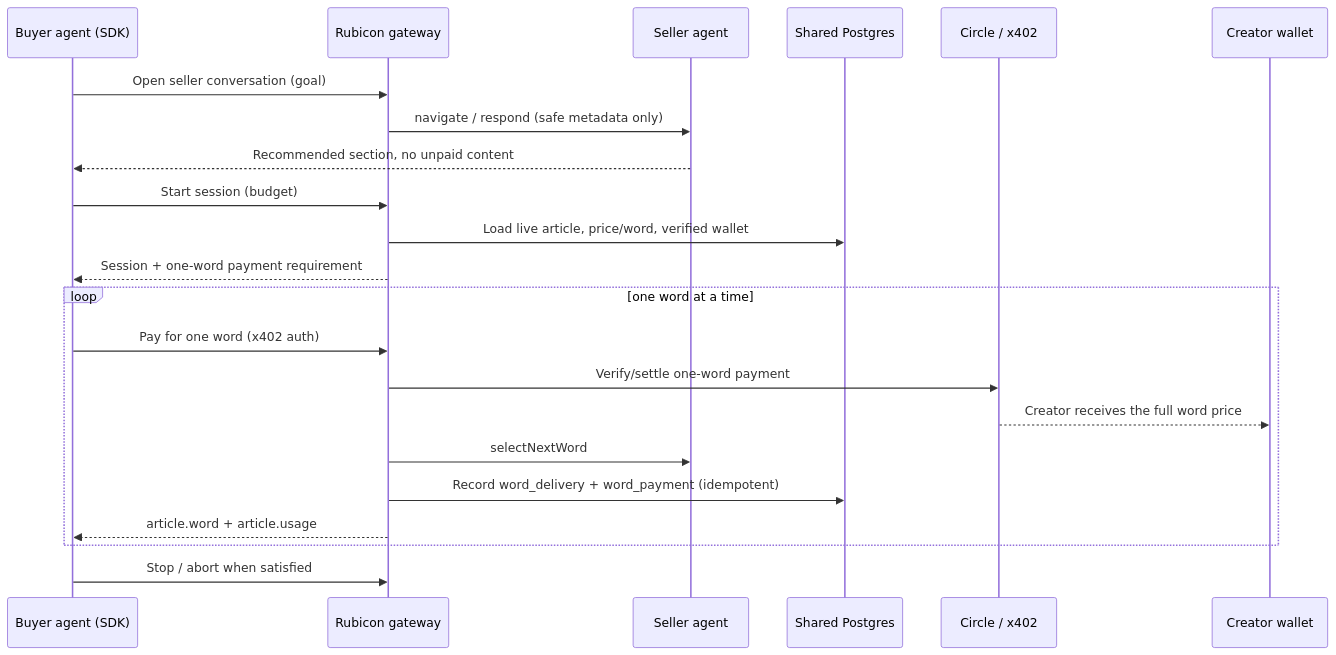
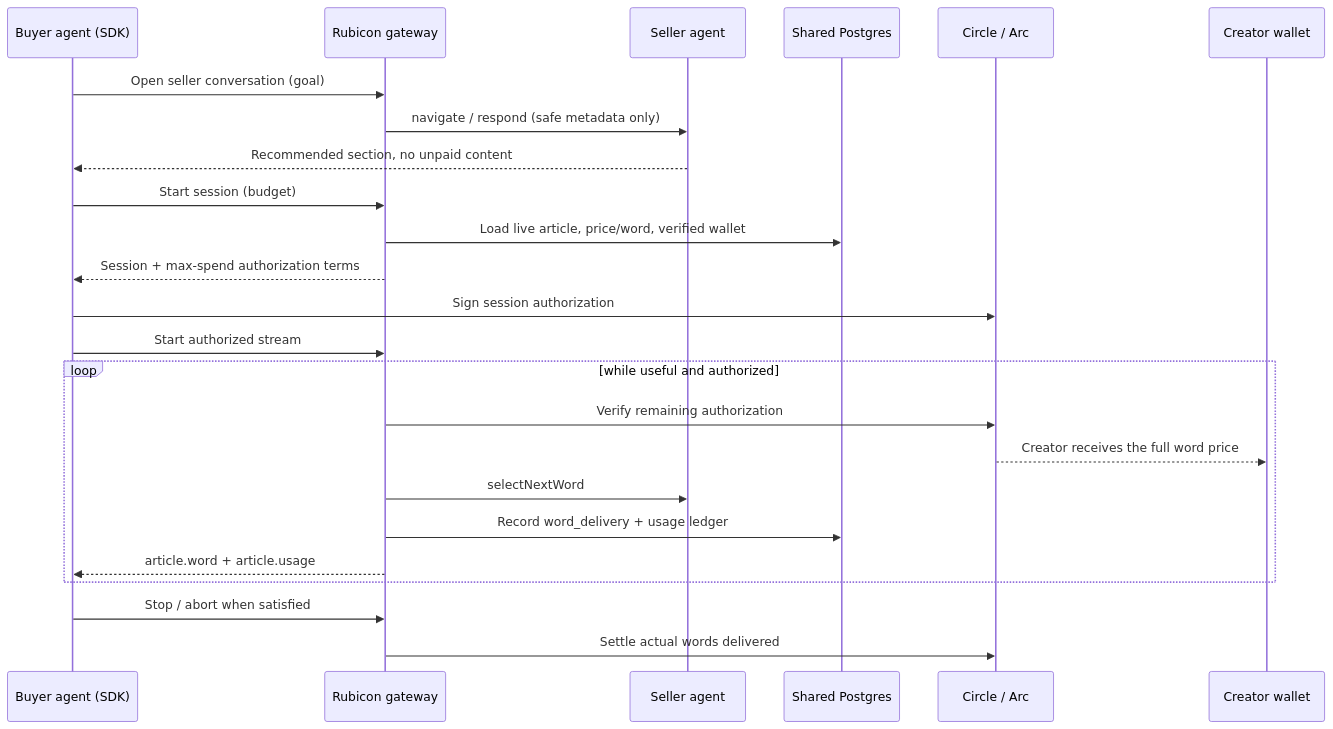
One commit to michaelzoub/rubicon changed the diagram in docs/architecture.md. Above: the diagram before and after it, drawn with Mermaid. The commit also changed other lines of this file and 17 other files, not shown here.

Commit message:
fix: updated gateway architecture to avoid having latency issues with streaming every word through x402

````diff
--- a/docs/architecture.md
+++ b/docs/architecture.md
@@ -15,25 +16,27 @@
 ```mermaid
 sequenceDiagram
   participant B as Buyer agent (SDK)
   participant G as Rubicon gateway
   participant S as Seller agent
   participant D as Shared Postgres
-  participant C as Circle / x402
+  participant C as Circle / Arc
   participant W as Creator wallet
 
   B->>G: Open seller conversation (goal)
   G->>S: navigate / respond (safe metadata only)
   S-->>B: Recommended section, no unpaid content
   B->>G: Start session (budget)
   G->>D: Load live article, price/word, verified wallet
-  G-->>B: Session + one-word payment requirement
-  loop one word at a time
-    B->>G: Pay for one word (x402 auth)
-    G->>C: Verify/settle one-word payment
+  G-->>B: Session + max-spend authorization terms
+  B->>C: Sign session authorization
+  B->>G: Start authorized stream
+  loop while useful and authorized
+    G->>C: Verify remaining authorization
     C-->>W: Creator receives the full word price
     G->>S: selectNextWord
-    G->>D: Record word_delivery + word_payment (idempotent)
+    G->>D: Record word_delivery + usage ledger
     G-->>B: article.word + article.usage
   end
   B->>G: Stop / abort when satisfied
+  G->>C: Settle actual words delivered
 ```
````
